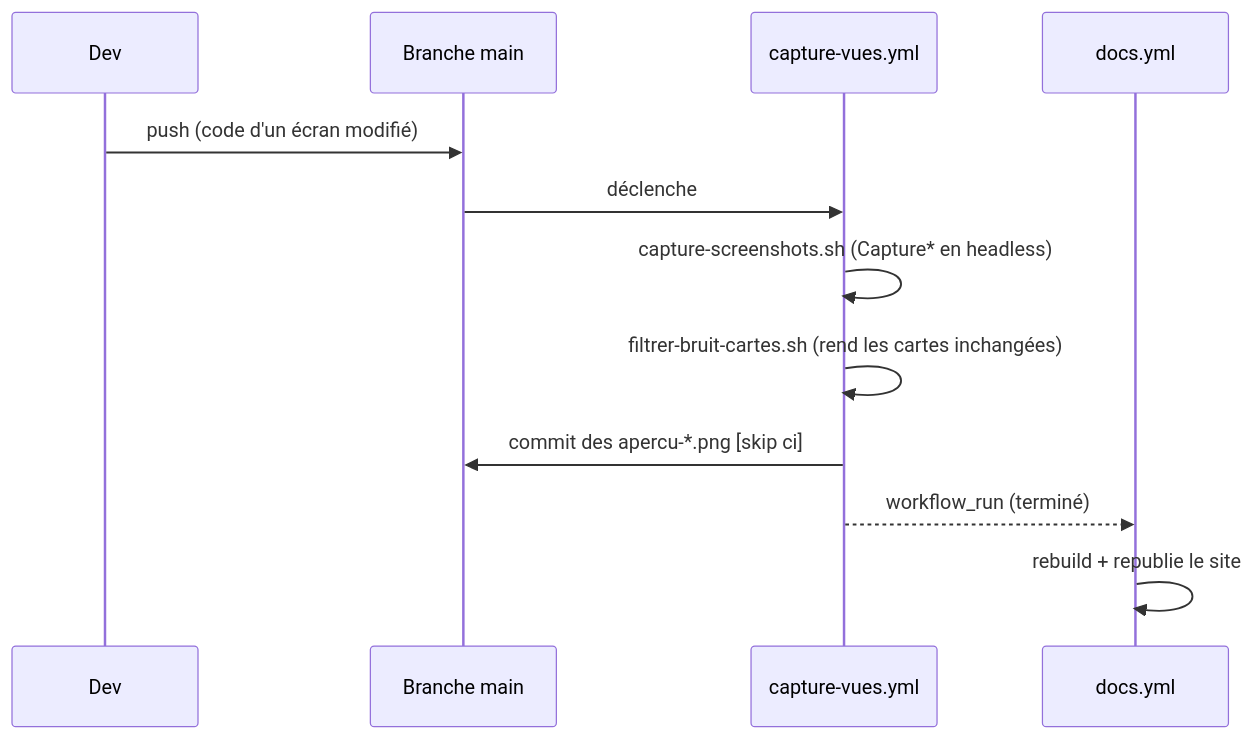
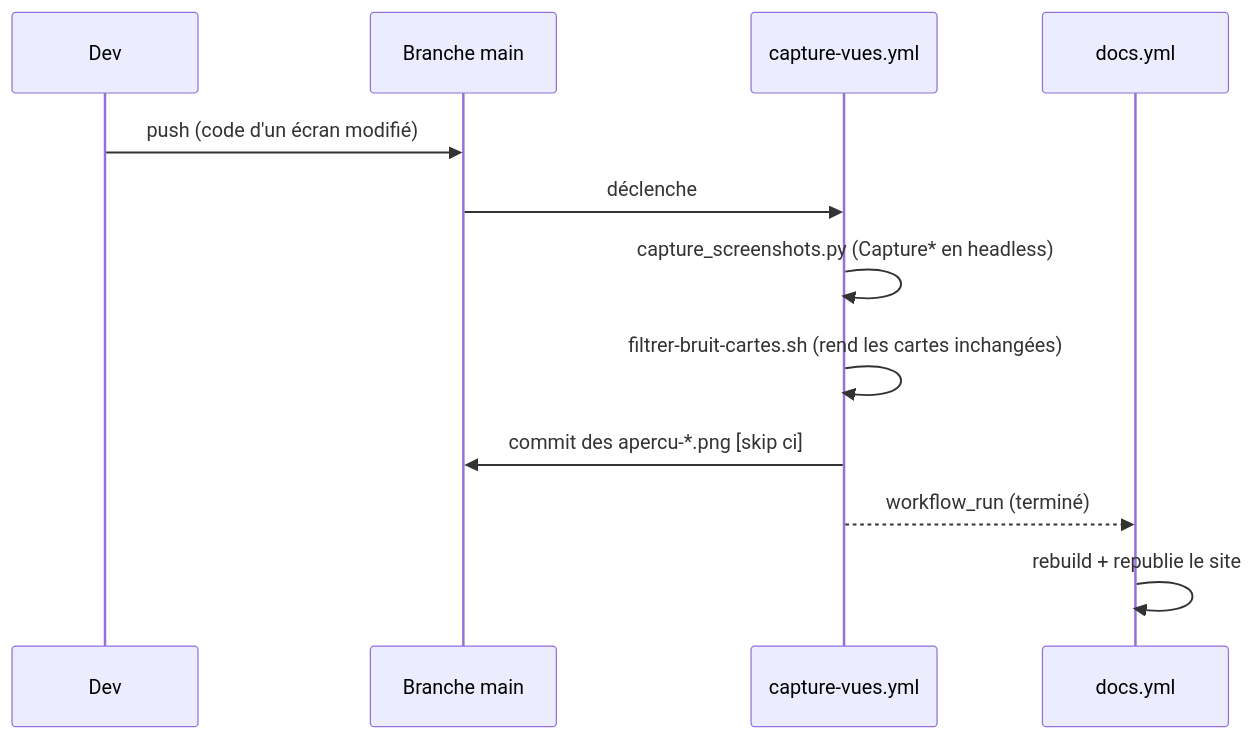
The diagram in dev-docs/captures.md (echonuit/vigiechiro-pr-companion), drawn with Mermaid before and after one commit. The commit also changed other lines of this file and 109 other files, not shown here.

````diff
--- a/dev-docs/captures.md
+++ b/dev-docs/captures.md
@@ -117,14 +117,14 @@
 ```mermaid
 sequenceDiagram
     participant Dev
     participant Main as Branche main
     participant CV as capture-vues.yml
     participant Docs as docs.yml
     Dev->>Main: push (code d'un écran modifié)
     Main->>CV: déclenche
-    CV->>CV: capture-screenshots.sh (Capture* en headless)
+    CV->>CV: capture_screenshots.py (Capture* en headless)
     CV->>CV: filtrer-bruit-cartes.sh (rend les cartes inchangées)
     CV->>Main: commit des apercu-*.png [skip ci]
     CV-->>Docs: workflow_run (terminé)
     Docs->>Docs: rebuild + republie le site
 ```
````
